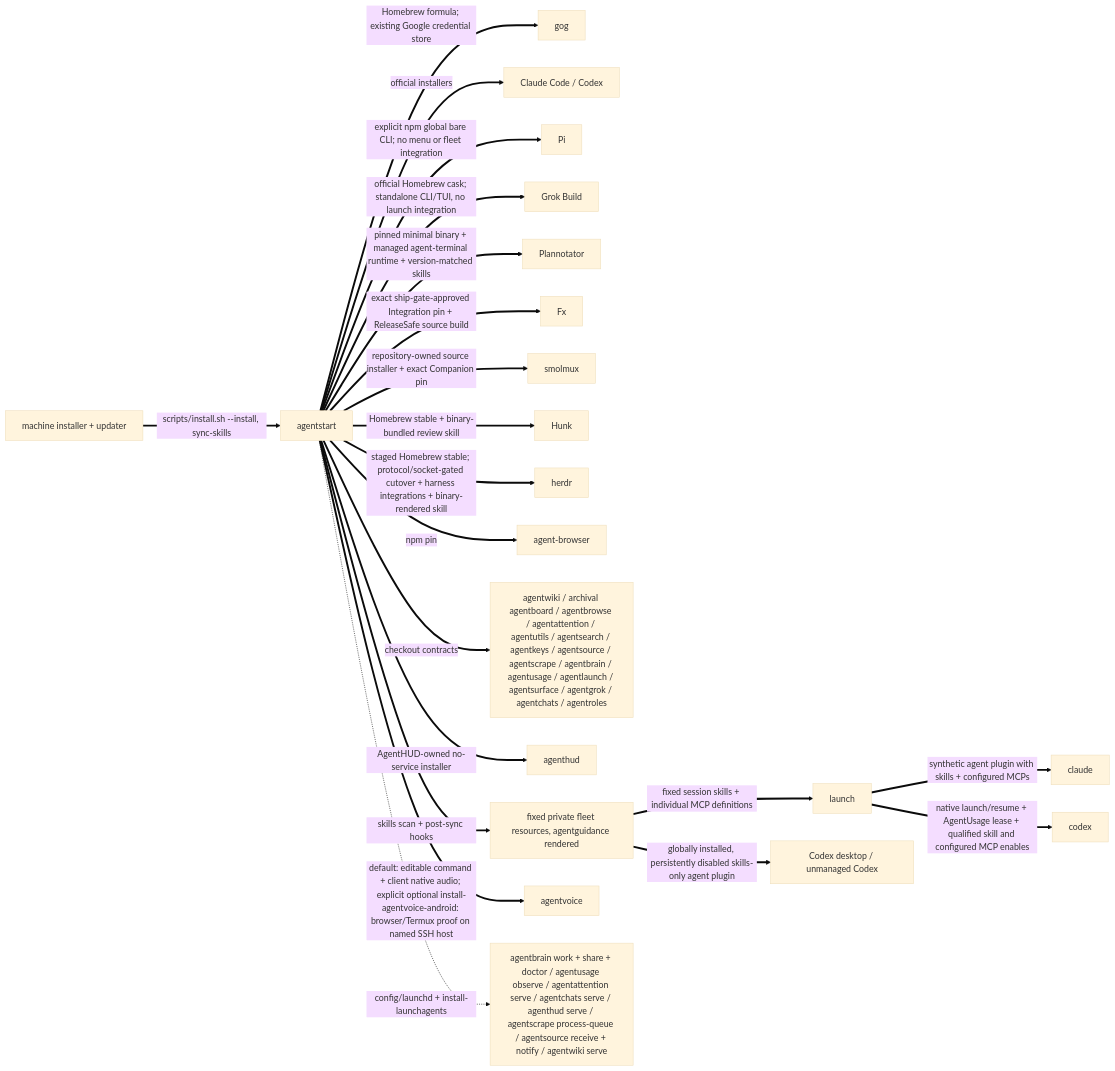
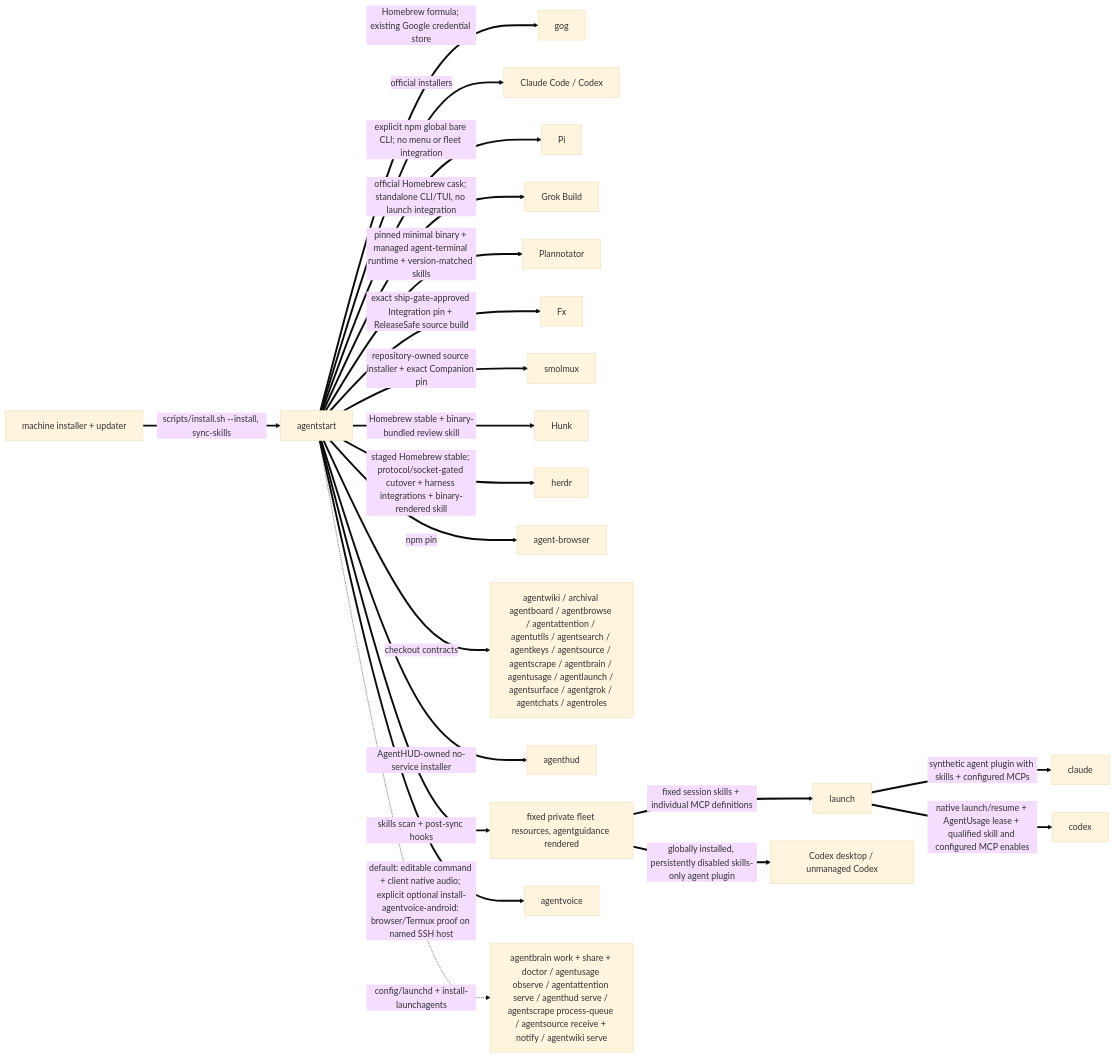
The second of 3 diagrams in skills/fleet/MAP.md (possibilities/agentstart), drawn with Mermaid (base theme) before and after one commit. The commit also changed other lines of this file and 8 other files, not shown here.

````diff
--- a/skills/fleet/MAP.md
+++ b/skills/fleet/MAP.md
@@ -104,26 +104,26 @@
 ```mermaid
 flowchart LR
     machine[machine installer + updater]
     start[agentstart]
 
     machine ==>|scripts/install.sh --install, sync-skills| start
     start ==>|Homebrew formula; existing Google credential store| gog
     start ==>|official installers| harnesses[Claude Code / Codex]
     start ==>|explicit npm global bare CLI; no menu or fleet integration| pi[Pi]
     start ==>|official Homebrew cask; standalone CLI/TUI, no launch integration| grok[Grok Build]
     start ==>|pinned minimal binary + managed agent-terminal runtime + version-matched skills| plannotator[Plannotator]
     start ==>|exact ship-gate-approved Integration pin + ReleaseSafe source build| fx[Fx]
     start ==>|repository-owned source installer + exact Companion pin| smolmuxInstall[smolmux]
     start ==>|Homebrew stable + binary-bundled review skill| hunk[Hunk]
     start ==>|staged Homebrew stable; protocol/socket-gated cutover + harness integrations + binary-rendered skill| herdrInstall[herdr]
     start ==>|npm pin| browser[agent-browser]
     start ==>|checkout contracts| fleet[agentwiki / archival agentboard / agentbrowse / agentattention / agentutils / agentsearch / agentkeys / agentsource / agentscrape / agentbrain / agentusage / agentlaunch / agentsurface / agentgrok / agentchats / agentroles]
     start ==>|AgentHUD-owned no-service installer| hudInstall[agenthud]
     start ==>|skills scan + post-sync hooks| skills[fixed private fleet resources, agentguidance rendered]
     start ==>|default: editable command + client native audio; explicit optional install-agentvoice-android: browser/Termux proof on named SSH host| voiceInstall[agentvoice]
     skills ==>|fixed session skills + individual MCP definitions| launch
     launch ==>|synthetic agent plugin with skills + configured MCPs| claude
     launch ==>|native launch/resume + AgentUsage lease + qualified skill and configured MCP enables| codex
     skills ==>|globally installed, persistently disabled skills-only agent plugin| codexDesktop[Codex desktop / unmanaged Codex]
-    start -.->|config/launchd + install-launchagents| services[agentbrain work + share + doctor / agentusage observe / agentattention serve / agentchats serve / agenthud serve / agentscrape process-queue / agentsource receive + notify / agentwiki serve]
+    start -.->|config/launchd + install-launchagents| services[agentbrain work + share + doctor / agentusage observe / agentattention serve / agenthud serve / agentscrape process-queue / agentsource receive + notify / agentwiki serve]
 ```
````
